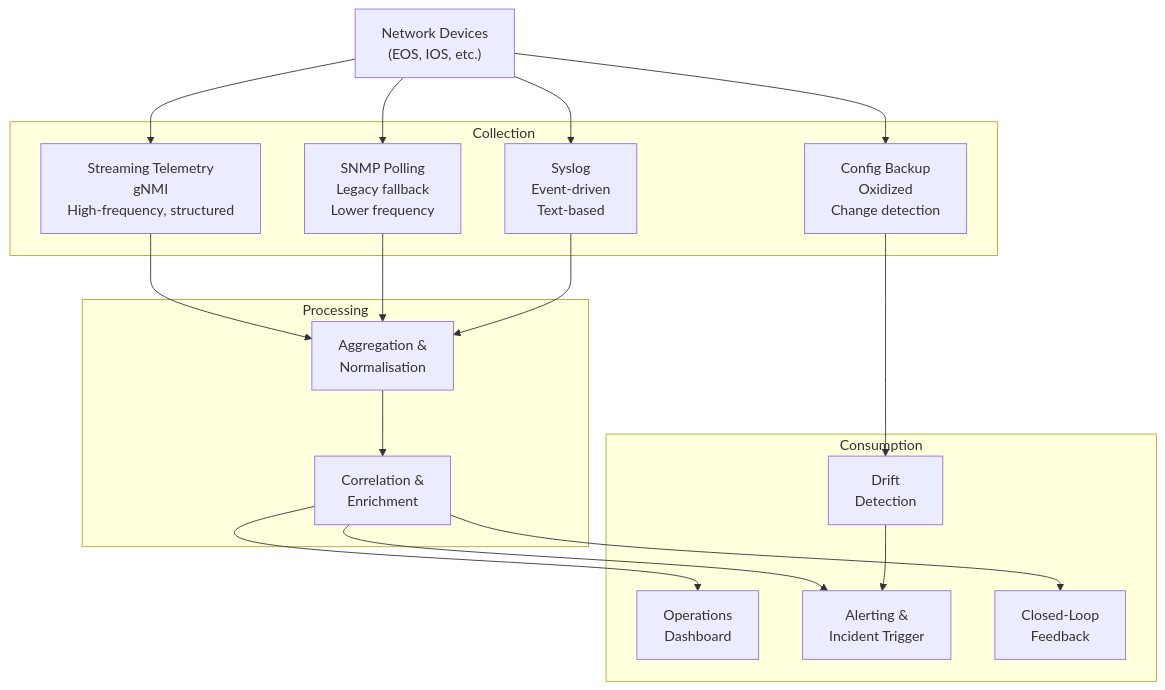
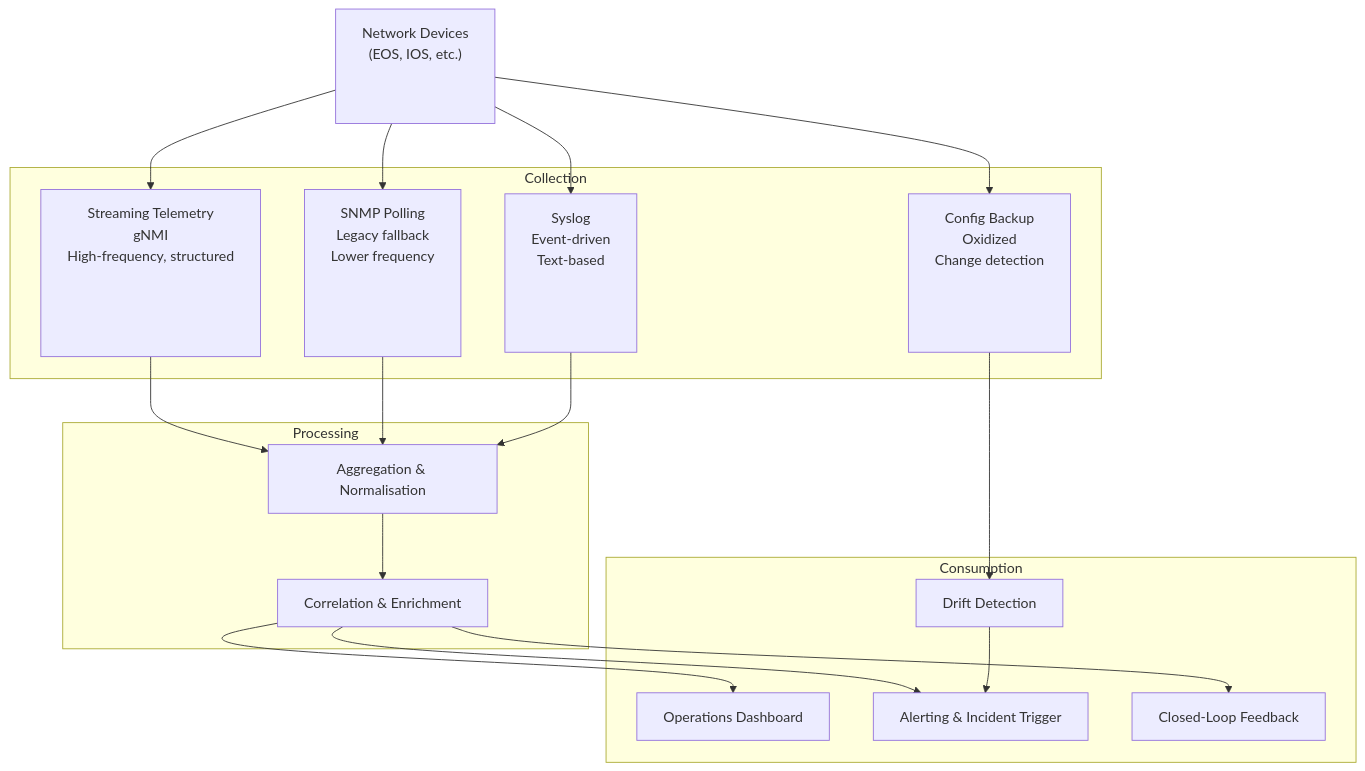
The first of 4 diagrams in 08-operations-automation/chapter.md (ppklau/network_automation_handbook), drawn with Mermaid before and after one commit. The commit also changed other lines of this file and 12 other files, not shown here.

Commit message:
Adjusted mermaid diagrams.

````diff
--- a/08-operations-automation/chapter.md
+++ b/08-operations-automation/chapter.md
@@ -42,30 +42,30 @@
 ```mermaid
 graph TD
-    DEV["Network Devices<br>(EOS, IOS, etc.)"]
+    DEV["<div style='min-height:100px'>Network Devices<br>(EOS, IOS, etc.)</div>"]
 
     subgraph "Collection"
-        TEL["Streaming Telemetry<br>gNMI<br>High-frequency, structured"]
-        SNMP["SNMP Polling<br>Legacy fallback<br>Lower frequency"]
-        LOG["Syslog<br>Event-driven<br>Text-based"]
-        CFG["Config Backup<br>Oxidized<br>Change detection"]
+        TEL["<div style='min-height:160px'>Streaming Telemetry<br>gNMI<br>High-frequency, structured</div>"]
+        SNMP["<div style='min-height:160px'>SNMP Polling<br>Legacy fallback<br>Lower frequency</div>"]
+        LOG["<div style='min-height:150px'>Syslog<br>Event-driven<br>Text-based</div>"]
+        CFG["<div style='min-height:150px'>Config Backup<br>Oxidized<br>Change detection</div>"]
     end
 
     subgraph "Processing"
-        AGG["Aggregation &<br>Normalisation"]
-        COR["Correlation &<br>Enrichment"]
+        AGG["Aggregation & Normalisation"]
+        COR["Correlation & Enrichment"]
     end
 
     subgraph "Consumption"
-        DASH["Operations<br>Dashboard"]
-        ALERT["Alerting &<br>Incident Trigger"]
-        DRIFT["Drift<br>Detection"]
-        FEED["Closed-Loop<br>Feedback"]
+        DASH["Operations Dashboard"]
+        ALERT["Alerting & Incident Trigger"]
+        DRIFT["Drift Detection"]
+        FEED["Closed-Loop Feedback"]
     end
 
     DEV --> TEL & SNMP & LOG & CFG
     TEL & SNMP & LOG --> AGG
     CFG --> DRIFT
     AGG --> COR
     COR --> DASH & ALERT & FEED
     DRIFT --> ALERT
 ```
````
